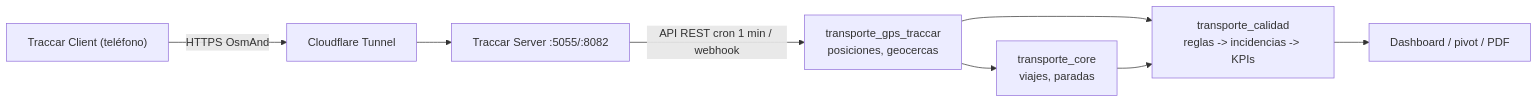
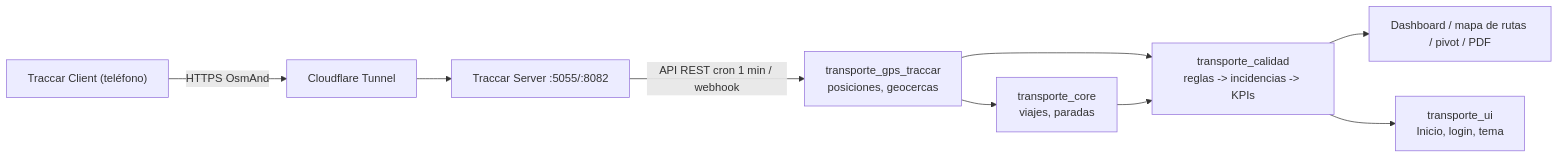
The second of 3 diagrams in docs/ARQUITECTURA.md (JorgeAlexand1/SGM-TB-Transporte), drawn with Mermaid before and after one commit. The commit also changed other lines of this file and 4 other files, not shown here.

````diff
--- a/docs/ARQUITECTURA.md
+++ b/docs/ARQUITECTURA.md
@@ -99,9 +104,10 @@
 ```mermaid
 flowchart LR
     TC["Traccar Client (teléfono)"] -->|HTTPS OsmAnd| CF["Cloudflare Tunnel"] --> TS["Traccar Server :5055/:8082"]
     TS -->|API REST cron 1 min / webhook| GPS["transporte_gps_traccar<br/>posiciones, geocercas"]
     GPS --> CORE["transporte_core<br/>viajes, paradas"]
     GPS --> CAL["transporte_calidad<br/>reglas -> incidencias -> KPIs"]
     CORE --> CAL
-    CAL --> UI["Dashboard / pivot / PDF"]
+    CAL --> UI["Dashboard / mapa de rutas / pivot / PDF"]
+    CAL --> INI["transporte_ui<br/>Inicio, login, tema"]
 ```
````
